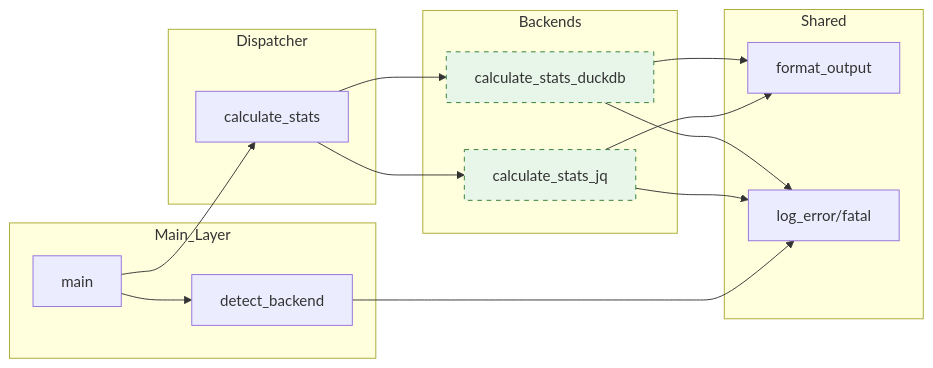
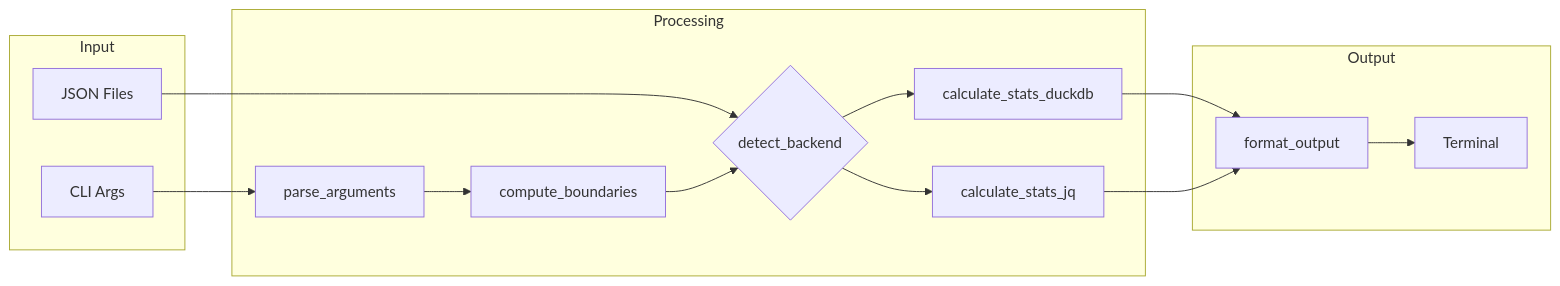
Before and after one commit to tomato-tom/flash-card: the third of 5 diagrams in docs/typing.md, drawn with Mermaid. The commit also changed other lines of this file and 1 other file, not shown here.

````diff
--- a/docs/typing.md
+++ b/docs/typing.md
@@ -92,37 +92,30 @@
 ```mermaid
 flowchart LR
-    subgraph Main_Layer
-        main[main]
-        detect_backend
+    subgraph Input
+        Args[CLI Args]
+        Files[JSON Files]
     end
     
-    subgraph Dispatcher
-        calculate_stats[calculate_stats]
+    subgraph Processing
+        Parse[parse_arguments]
+        Boundaries[compute_boundaries]
+        Backend{detect_backend}
+        DuckDB[calculate_stats_duckdb]
+        JQ[calculate_stats_jq]
     end
     
-    subgraph Backends
-        calc_duckdb[calculate_stats_duckdb]
-        calc_jq[calculate_stats_jq]
+    subgraph Output
+        Format[format_output]
+        Display[Terminal]
     end
     
-    subgraph Shared
-        format_output
-        utils[log_error/fatal]
-    end
-    
-    main --> detect_backend
-    main --> calculate_stats
-    
-    calculate_stats --> calc_duckdb
-    calculate_stats --> calc_jq
-    
-    calc_duckdb --> format_output
-    calc_jq --> format_output
-    
-    calc_duckdb --> utils
-    calc_jq --> utils
-    detect_backend --> utils
-    
-    classDef backend fill:#e8f5e9,stroke:#2e7d32,stroke-dasharray:5 5
-    class calc_duckdb,calc_jq backend
+    Args --> Parse
+    Files --> Backend
+    Parse --> Boundaries
+    Boundaries --> Backend
+    Backend --> DuckDB
+    Backend --> JQ
+    DuckDB --> Format
+    JQ --> Format
+    Format --> Display
 ```
````
